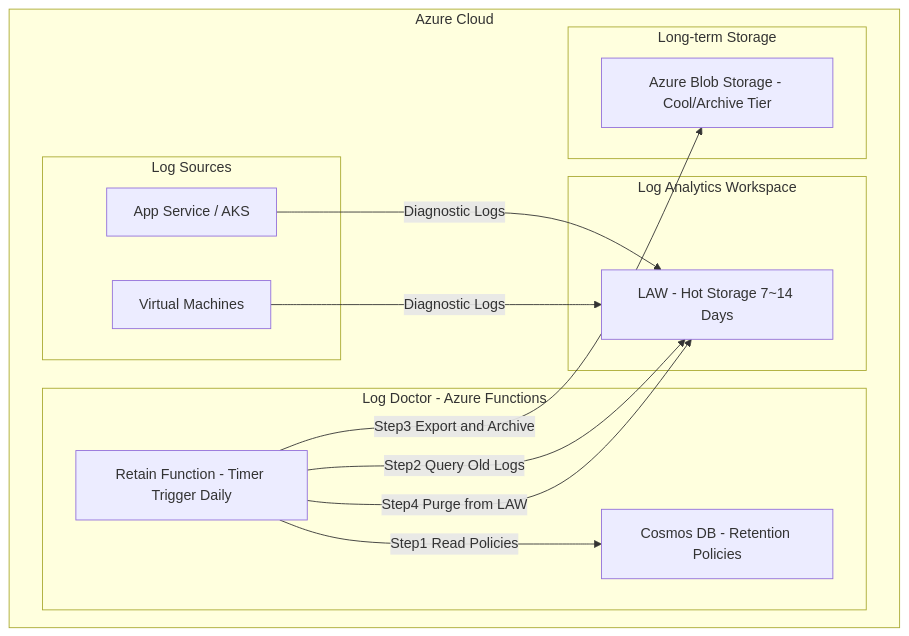
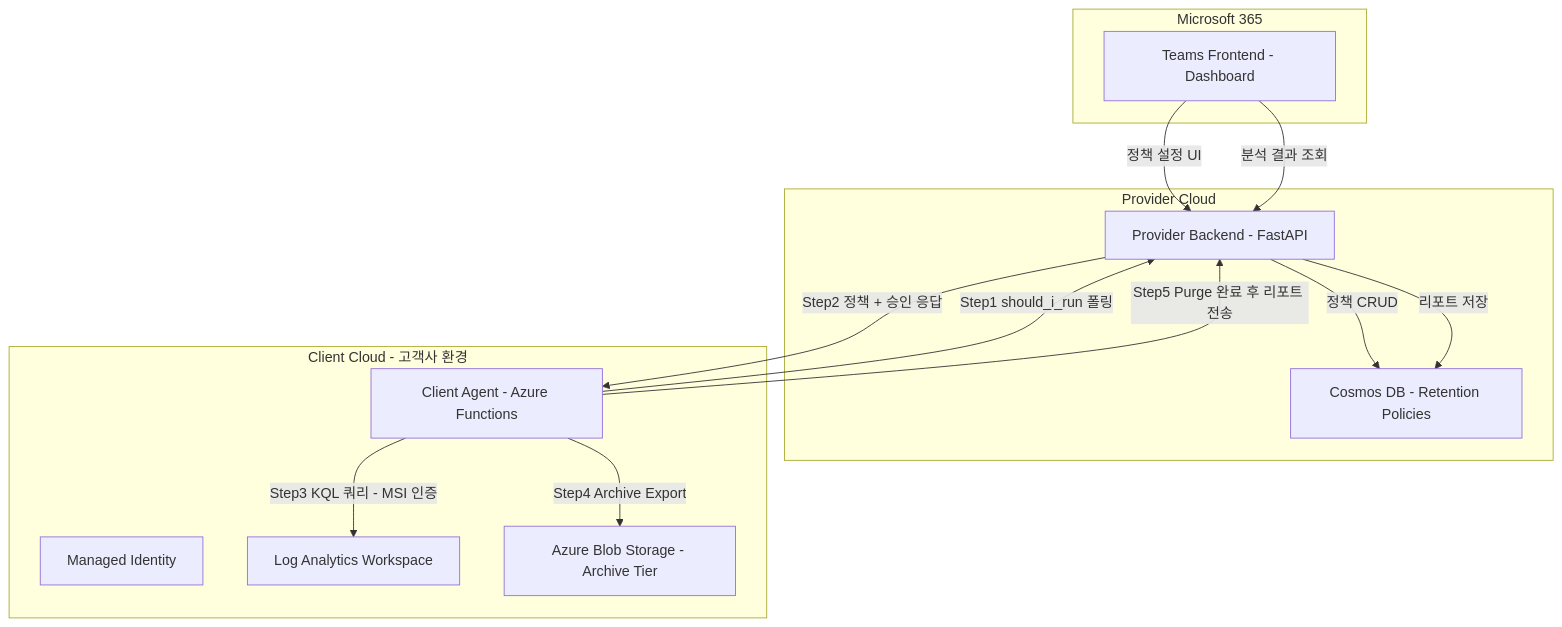
The first of 21 diagrams in azure/projects/log-doctor-plan.md (chjcmy/study), drawn with Mermaid before and after one commit. The commit also changed other lines of this file, not shown here.

````diff
--- a/azure/projects/log-doctor-plan.md
+++ b/azure/projects/log-doctor-plan.md
@@ -15,29 +23,29 @@
 ```mermaid
 graph TB
-    subgraph Azure Cloud
-        subgraph Log Sources
-            AppService["App Service / AKS"]
-            VM["Virtual Machines"]
-        end
-
-        subgraph Log Analytics Workspace
-            LAW["LAW - Hot Storage 7~14 Days"]
-        end
-
-        subgraph Log Doctor - Azure Functions
-            RetainFn["Retain Function - Timer Trigger Daily"]
-            PolicyDB["Cosmos DB - Retention Policies"]
-        end
-
-        subgraph Long-term Storage
-            Blob["Azure Blob Storage - Cool/Archive Tier"]
-        end
+    subgraph Microsoft 365
+        Teams["Teams Frontend - Dashboard"]
     end
 
-    AppService -->|Diagnostic Logs| LAW
-    VM -->|Diagnostic Logs| LAW
-    RetainFn -->|Step1 Read Policies| PolicyDB
-    RetainFn -->|Step2 Query Old Logs| LAW
-    RetainFn -->|Step3 Export and Archive| Blob
-    RetainFn -->|Step4 Purge from LAW| LAW
+    subgraph Provider Cloud
+        PB["Provider Backend - FastAPI"]
+        CosmosDB["Cosmos DB - Retention Policies"]
+    end
+
+    subgraph Client Cloud - 고객사 환경
+        Agent["Client Agent - Azure Functions"]
+        MSI["Managed Identity"]
+        LAW["Log Analytics Workspace"]
+        Blob["Azure Blob Storage - Archive Tier"]
+    end
+
+    Teams -->|정책 설정 UI| PB
+    PB -->|정책 CRUD| CosmosDB
+
+    Agent -->|Step1 should_i_run 폴링| PB
+    PB -->|Step2 정책 + 승인 응답| Agent
+    Agent -->|Step3 KQL 쿼리 - MSI 인증| LAW
+    Agent -->|Step4 Archive Export| Blob
+    Agent -->|Step5 Purge 완료 후 리포트 전송| PB
+    PB -->|리포트 저장| CosmosDB
+    Teams -->|분석 결과 조회| PB
 ```
````
